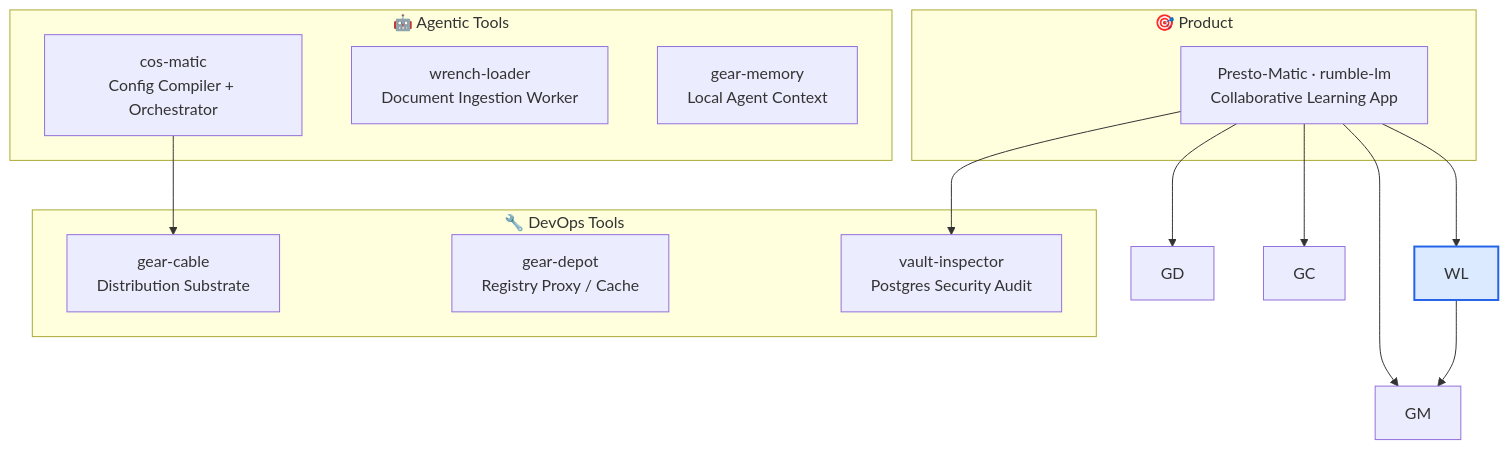
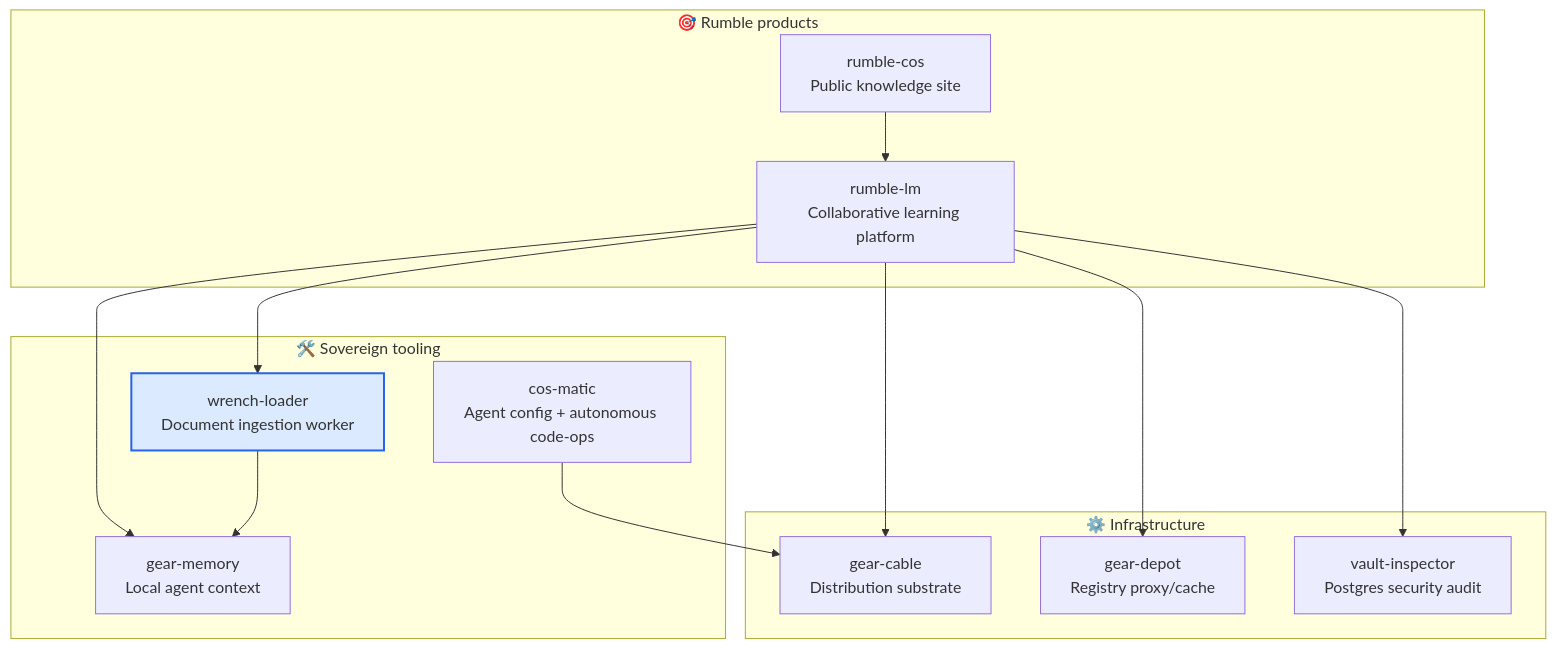
One commit to constantin-jais/wrench-loader changed the diagram in README.md. Above: the diagram before and after it, drawn with Mermaid. The commit also changed other lines of this file, not shown here.

Commit message:
docs: update README branding

````diff
--- a/README.md
+++ b/README.md
@@ -17,24 +17,26 @@
 ```mermaid
 graph TB
-    subgraph product["🎯 Product"]
-        RL["Presto-Matic · rumble-lm<br/>Collaborative Learning App"]
+    subgraph products["🎯 Rumble products"]
+        RL["rumble-lm<br/>Collaborative learning platform"]
+        RC["rumble-cos<br/>Public knowledge site"]
     end
-    subgraph agentic["🤖 Agentic Tools"]
-        cosmatic["cos-matic<br/>Config Compiler + Orchestrator"]
-        DL["wrench-loader<br/>Document Ingestion Worker"]
-        MC["gear-memory<br/>Local Agent Context"]
+    subgraph tools["🛠️ Sovereign tooling"]
+        CM["cos-matic<br/>Agent config + autonomous code-ops"]
+        WL["wrench-loader<br/>Document ingestion worker"]
+        GM["gear-memory<br/>Local agent context"]
     end
-    subgraph devops["🔧 DevOps Tools"]
-        LC["gear-cable<br/>Distribution Substrate"]
-        SD["gear-depot<br/>Registry Proxy / Cache"]
-        VI["vault-inspector<br/>Postgres Security Audit"]
+    subgraph infra["⚙️ Infrastructure"]
+        GC["gear-cable<br/>Distribution substrate"]
+        GD["gear-depot<br/>Registry proxy/cache"]
+        VI["vault-inspector<br/>Postgres security audit"]
     end
     RL --> WL
     RL --> GM
     RL --> VI
     RL --> GD
     RL --> GC
-    cosmatic --> LC
+    RC --> RL
+    CM --> GC
     WL --> GM
     style WL fill:#dbeafe,stroke:#2563eb,stroke-width:2px
 ```
````
